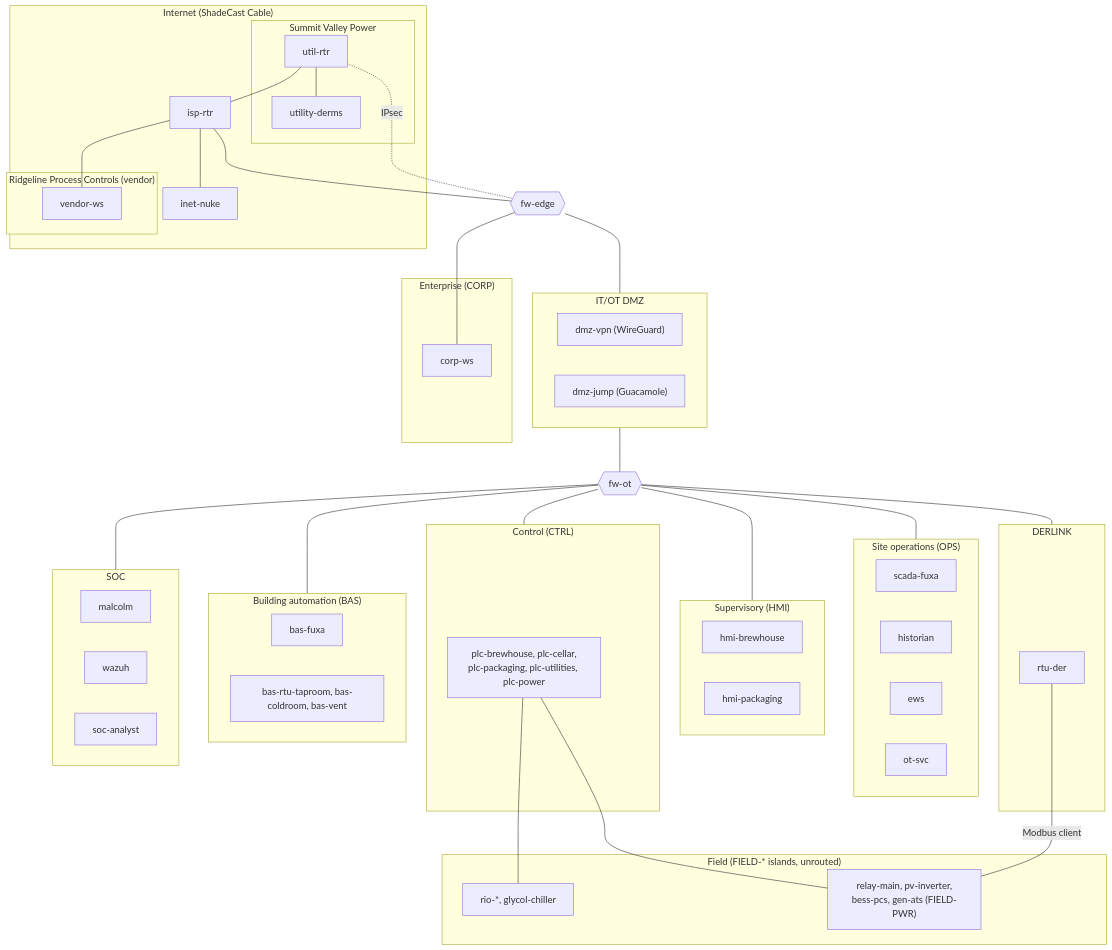
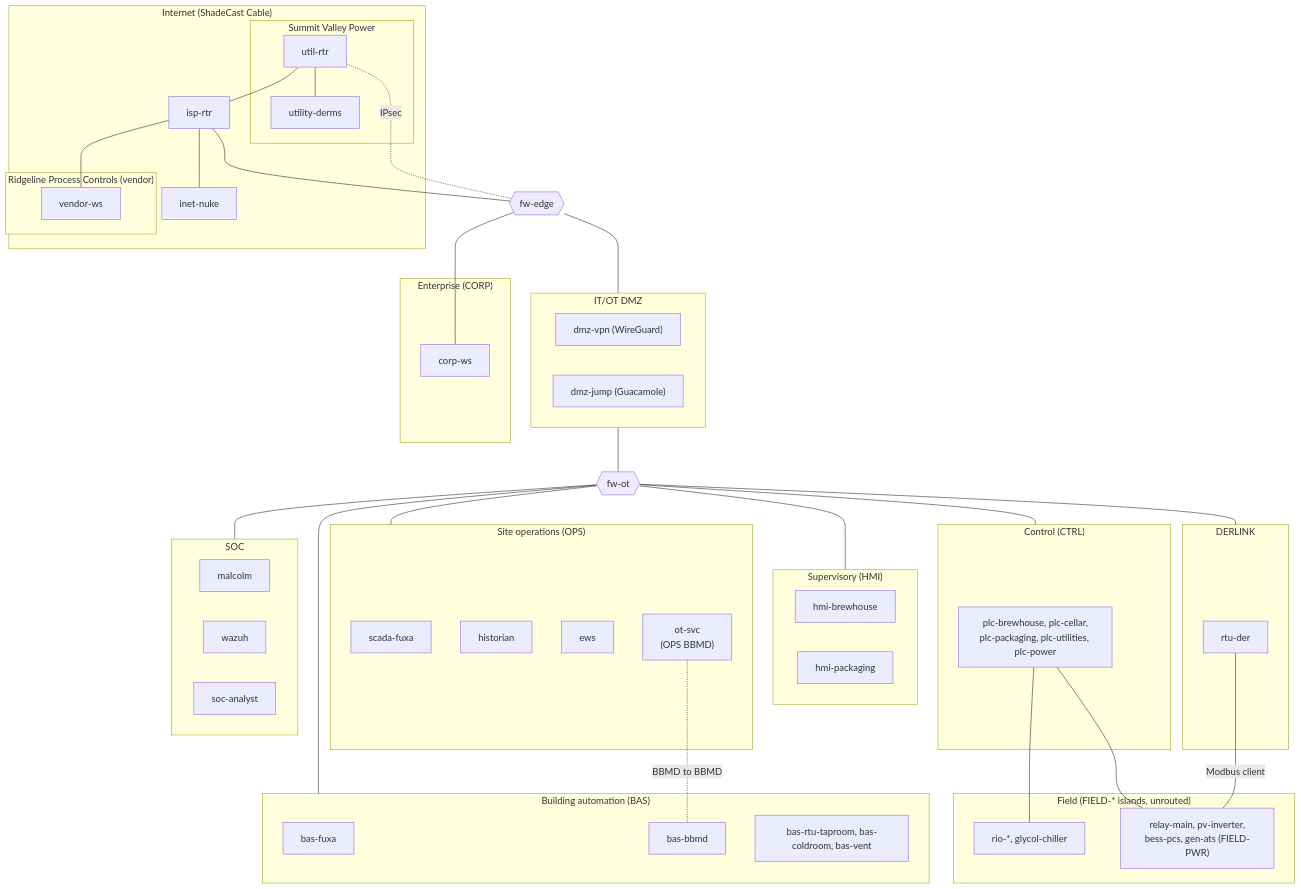
The fifth of 6 diagrams in DESIGN.md (GhostofGoes/brew), drawn with Mermaid before and after one commit. The commit also changed other lines of this file and 1 other file, not shown here.

````diff
--- a/DESIGN.md
+++ b/DESIGN.md
@@ -1070,70 +1131,72 @@
 ```mermaid
 flowchart TB
   subgraph L5["Internet (ShadeCast Cable)"]
     ISP["isp-rtr"]
     NUKE["inet-nuke"]
     subgraph VEN["Ridgeline Process Controls (vendor)"]
       VWS["vendor-ws"]
     end
     subgraph UTL["Summit Valley Power"]
       URTR["util-rtr"]
       DERMS["utility-derms"]
     end
   end
   subgraph L4["Enterprise (CORP)"]
     CWS["corp-ws"]
   end
   FWEDGE{{"fw-edge"}}
   subgraph L35["IT/OT DMZ"]
     VPN["dmz-vpn (WireGuard)"]
     JUMP["dmz-jump (Guacamole)"]
   end
   FWOT{{"fw-ot"}}
   subgraph L3["Site operations (OPS)"]
     FUXA["scada-fuxa"]
     HIST["historian"]
     EWS["ews"]
-    SVC["ot-svc"]
+    SVC["ot-svc<br/>(OPS BBMD)"]
   end
   subgraph L2["Supervisory (HMI)"]
     HMI1["hmi-brewhouse"]
     HMI2["hmi-packaging"]
   end
   subgraph L1["Control (CTRL)"]
     PLCs["plc-brewhouse, plc-cellar,<br/>plc-packaging, plc-utilities, plc-power"]
   end
   subgraph L0["Field (FIELD-* islands, unrouted)"]
     RIOs["rio-*, glycol-chiller"]
     PDEVS["relay-main, pv-inverter,<br/>bess-pcs, gen-ats (FIELD-PWR)"]
   end
   subgraph DER["DERLINK"]
     RTU["rtu-der"]
   end
   subgraph BAS["Building automation (BAS)"]
     BASFUXA["bas-fuxa"]
+    BASBBMD["bas-bbmd"]
     BASD["bas-rtu-taproom, bas-coldroom, bas-vent"]
   end
   subgraph SOC["SOC"]
     MAL["malcolm"]
     WAZ["wazuh"]
     ANA["soc-analyst"]
   end
   ISP --- FWEDGE
   ISP --- NUKE
   ISP --- VWS
   URTR --- ISP
   URTR --- DERMS
   URTR -. "IPsec" .- FWEDGE
   FWEDGE --- CWS
   FWEDGE --- L35
   L35 --- FWOT
   FWOT --- L3
   FWOT --- L2
   FWOT --- L1
   FWOT --- DER
   FWOT --- BAS
   FWOT --- SOC
+  SVC -. "BBMD to BBMD" .- BASBBMD
   PLCs --- RIOs
   PLCs --- PDEVS
   RTU -- "Modbus client" --- PDEVS
 ```
````
